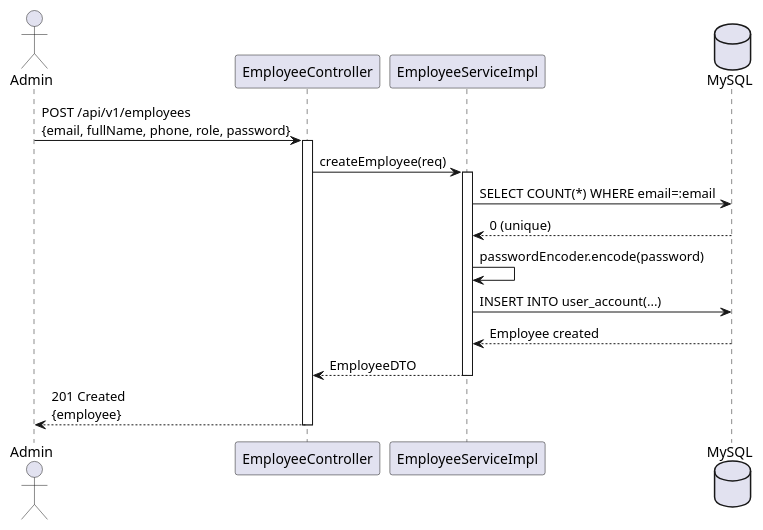
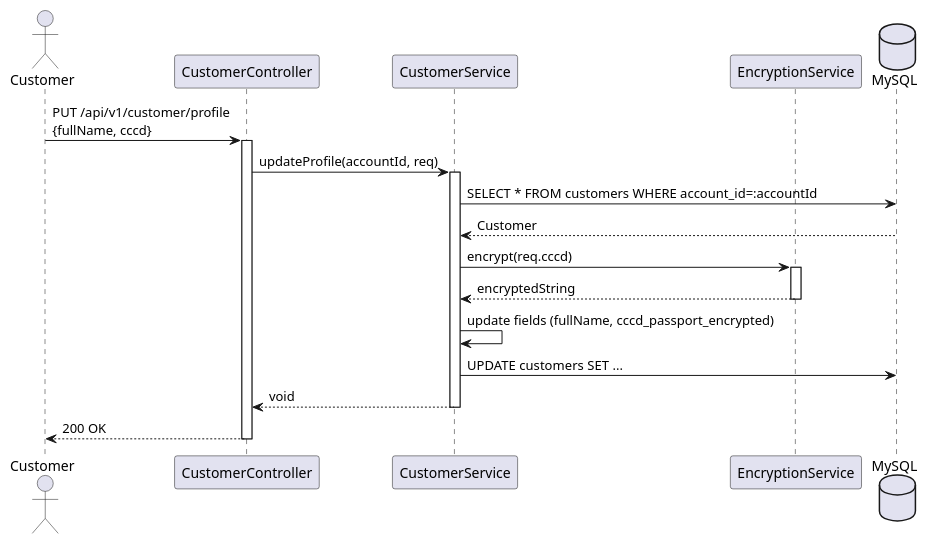
Before and after one commit to Luuxinhxinh/hoanien-resort: the second of 2 diagrams in 06-Testing/mod1_auth/uc03/EDS_uc03_SPEC.md, drawn with PlantUML. The commit also changed other lines of this file and 81 other files, not shown here.

````diff
--- a/06-Testing/mod1_auth/uc03/EDS_uc03_SPEC.md
+++ b/06-Testing/mod1_auth/uc03/EDS_uc03_SPEC.md
@@ -180,22 +162,26 @@
 ```plantuml
 @startuml
-actor "Admin" as A
-participant "EmployeeController" as Ctrl
-participant "EmployeeServiceImpl" as Svc
+actor "Customer" as C
+participant "CustomerController" as Ctrl
+participant "CustomerService" as Svc
+participant "EncryptionService" as Enc
 database MySQL as DB
 
-A -> Ctrl: POST /api/v1/employees\n{email, fullName, phone, role, password}
+C -> Ctrl: PUT /api/v1/customer/profile\n{fullName, cccd}
 activate Ctrl
-Ctrl -> Svc: createEmployee(req)
+Ctrl -> Svc: updateProfile(accountId, req)
 activate Svc
-Svc -> DB: SELECT COUNT(*) WHERE email=:email
-DB --> Svc: 0 (unique)
-Svc -> Svc: passwordEncoder.encode(password)
-Svc -> DB: INSERT INTO user_account(...)
-DB --> Svc: Employee created
-Svc --> Ctrl: EmployeeDTO
+Svc -> DB: SELECT * FROM customers WHERE account_id=:accountId
+DB --> Svc: Customer
+Svc -> Enc: encrypt(req.cccd)
+activate Enc
+Enc --> Svc: encryptedString
+deactivate Enc
+Svc -> Svc: update fields (fullName, cccd_passport_encrypted)
+Svc -> DB: UPDATE customers SET ...
+Svc --> Ctrl: void
 deactivate Svc
-Ctrl --> A: 201 Created\n{employee}
+Ctrl --> C: 200 OK
 deactivate Ctrl
 @enduml
 ```
````
